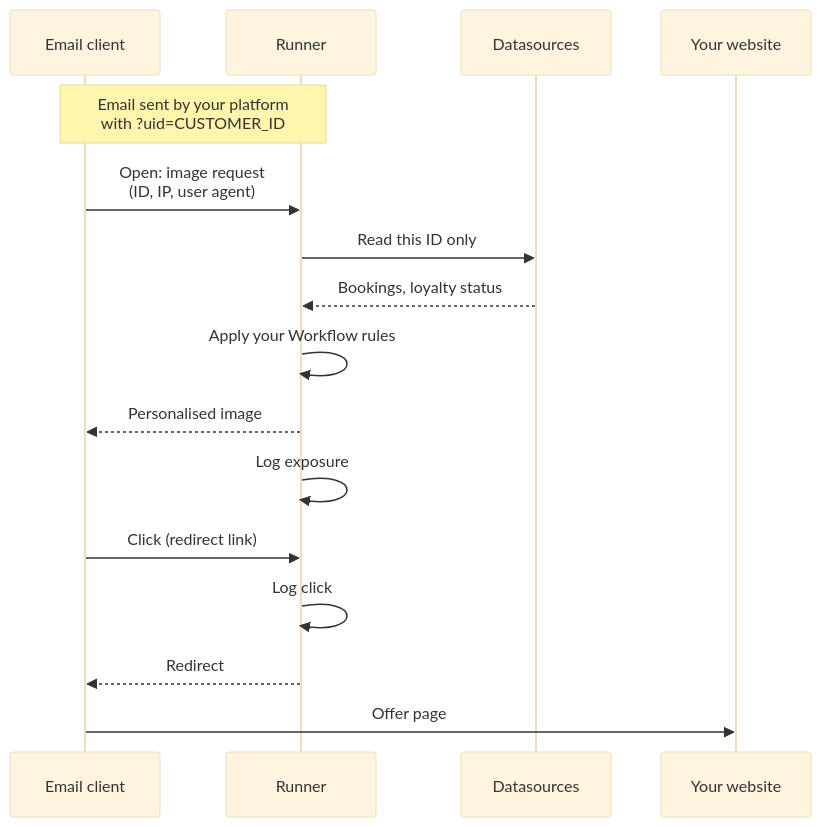
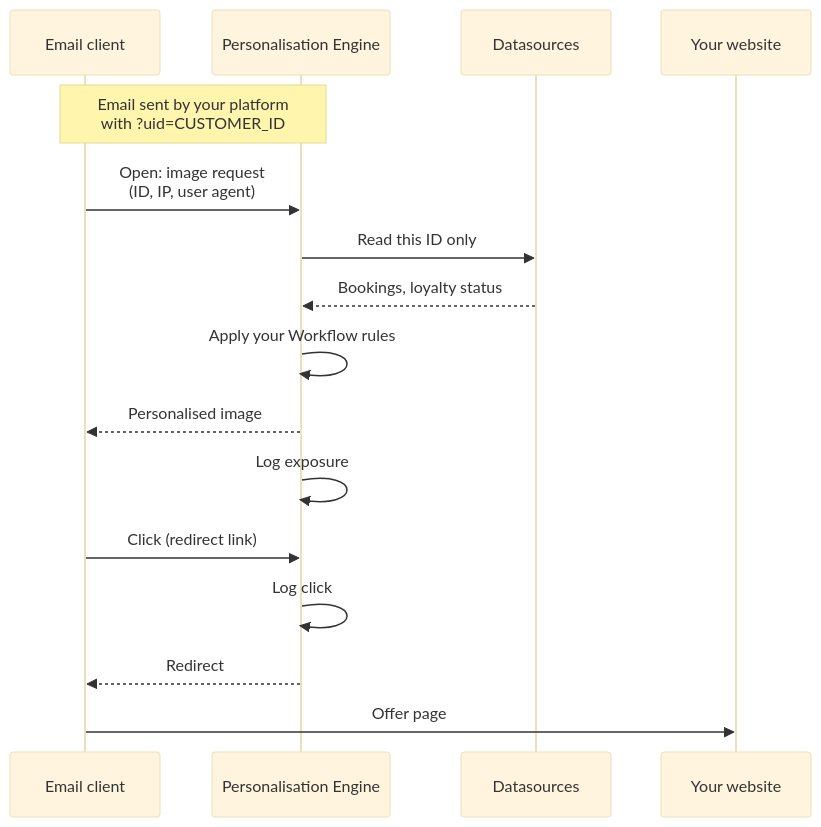
The second of 4 diagrams in why-reelevant/data-protection/overview.mdx (reelevant-tech/product-documentation), drawn with Mermaid (base theme) before and after one commit. The commit also changed other lines of this file and 3 other files, not shown here.

````diff
--- a/why-reelevant/data-protection/overview.mdx
+++ b/why-reelevant/data-protection/overview.mdx
@@ -62,19 +62,19 @@
 ```mermaid
 sequenceDiagram
     participant R as Email client
-    participant RUN as Runner
+    participant RUN as Personalisation Engine
     participant DS as Datasources
     participant SITE as Your website
 
     Note over R,RUN: Email sent by your platform<br/>with ?uid=CUSTOMER_ID
     R->>RUN: Open: image request<br/>(ID, IP, user agent)
     RUN->>DS: Read this ID only
     DS-->>RUN: Bookings, loyalty status
     RUN->>RUN: Apply your Workflow rules
     RUN-->>R: Personalised image
     RUN->>RUN: Log exposure
     R->>RUN: Click (redirect link)
     RUN->>RUN: Log click
     RUN-->>R: Redirect
     R->>SITE: Offer page
 ```
````
